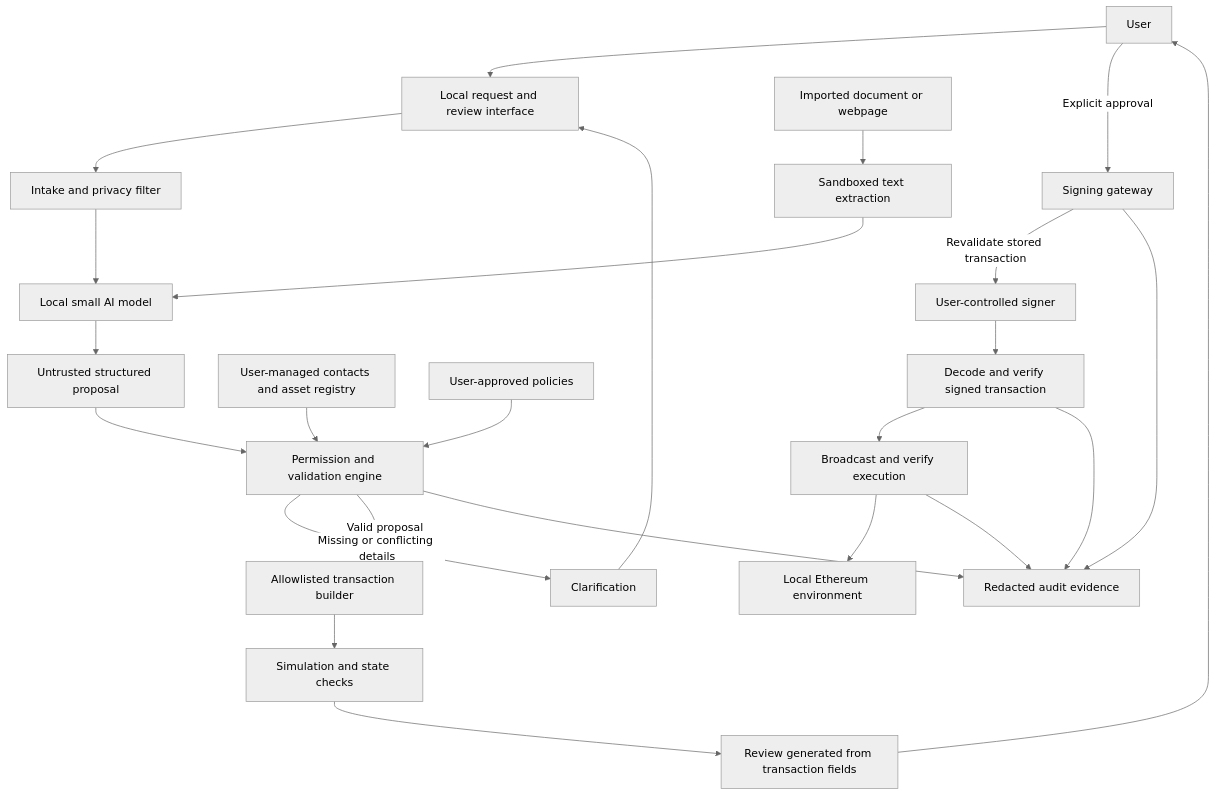
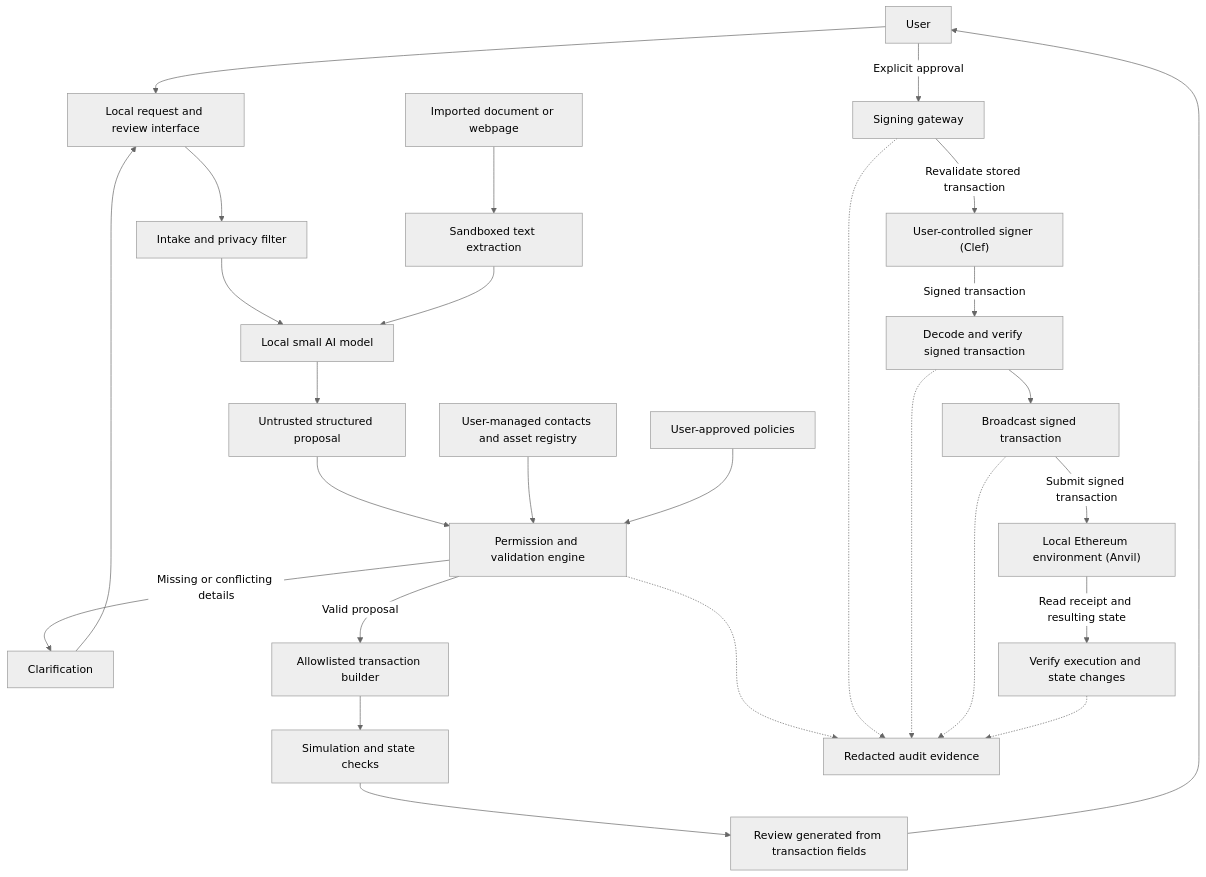
The diagram in README.md (jd869/eth_ps), drawn with Mermaid (neutral theme) before and after one commit. The commit also changed other lines of this file, not shown here.

Commit message:
docs: clarify Clef signing and separate broadcast from execution verification

````diff
--- a/README.md
+++ b/README.md
@@ -79,33 +78,35 @@
 ```mermaid
 flowchart TD
     U[User] --> UI[Local request and review interface]
     UI --> IN[Intake and privacy filter]
     D[Imported document or webpage] --> EX[Sandboxed text extraction]
 
     IN --> M[Local small AI model]
     EX --> M
     M --> P[Untrusted structured proposal]
 
     P --> K[Permission and validation engine]
     C[User-managed contacts and asset registry] --> K
     POL[User-approved policies] --> K
 
     K -->|Missing or conflicting details| Q[Clarification]
     Q --> UI
     K -->|Valid proposal| B[Allowlisted transaction builder]
 
     B --> SIM[Simulation and state checks]
     SIM --> R[Review generated from transaction fields]
     R --> U
 
     U -->|Explicit approval| G[Signing gateway]
-    G -->|Revalidate stored transaction| W[User-controlled signer]
-    W --> V[Decode and verify signed transaction]
-    V --> BC[Broadcast and verify execution]
-    BC --> ETH[Local Ethereum environment]
+    G -->|Revalidate stored transaction| W["User-controlled signer (Clef)"]
+    W -->|Signed transaction| V[Decode and verify signed transaction]
+    V --> BC[Broadcast signed transaction]
+    BC -->|Submit signed transaction| ETH["Local Ethereum environment (Anvil)"]
+    ETH -->|Read receipt and resulting state| EV[Verify execution and state changes]
 
-    K --> A[Redacted audit evidence]
-    G --> A
-    V --> A
-    BC --> A
+    K -.-> A[Redacted audit evidence]
+    G -.-> A
+    V -.-> A
+    BC -.-> A
+    EV -.-> A
 ```
````
